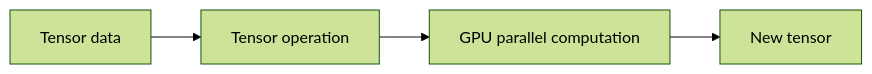
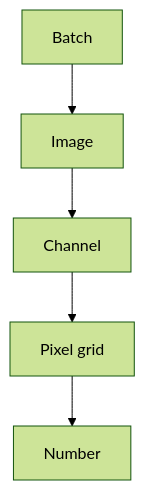
One commit to manish7725/deeplearning changed the diagram in Lecture 29 - Tensors: Numbers in Many Dimensions/blog.md. Above: the diagram before and after it, drawn with Mermaid (forest theme). The commit also changed other lines of this file, not shown here.

Commit message:
Rewrite Lecture 29 as discovery-first tensor chapter

````diff
--- a/Lecture 29 - Tensors: Numbers in Many Dimensions/blog.md
+++ b/Lecture 29 - Tensors: Numbers in Many Dimensions/blog.md
@@ -151,6 +360,7 @@
 ```mermaid
-flowchart LR
-    A[Tensor data] --> B[Tensor operation]
-    B --> C[GPU parallel computation]
-    C --> D[New tensor]
+flowchart TD
+    A[Batch] --> B[Image]
+    B --> C[Channel]
+    C --> D[Pixel grid]
+    D --> E[Number]
 ```
````
